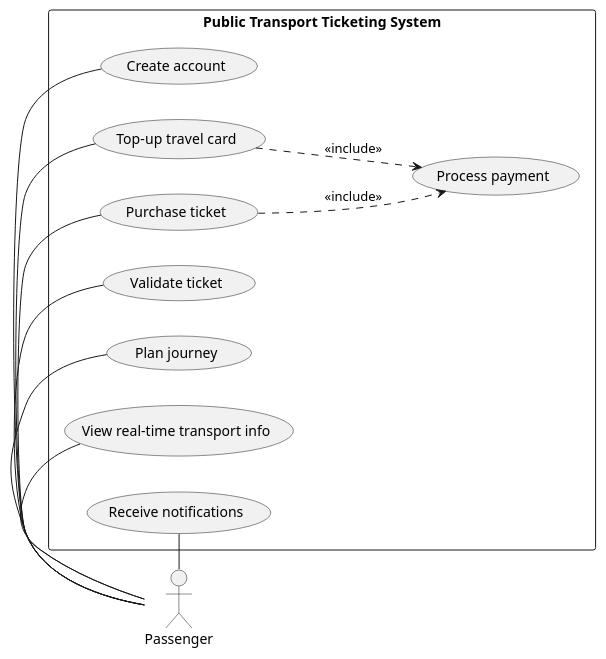
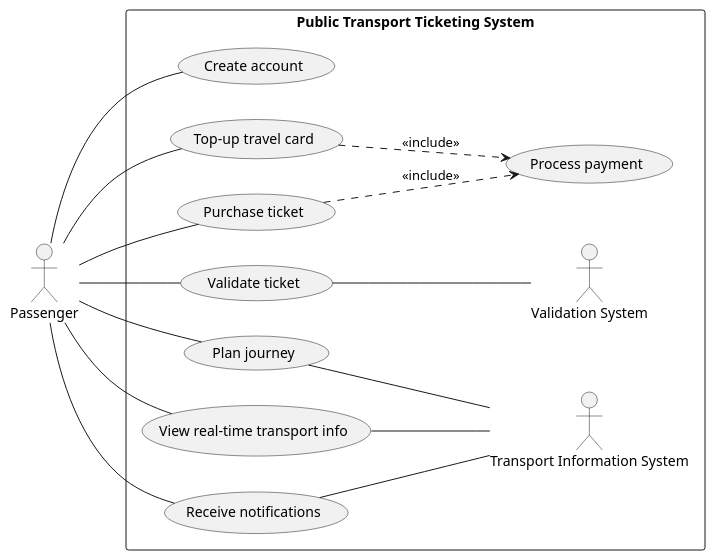
Before and after one commit to frihetselsker/upb-sdm-project: the first of 3 diagrams in docs/activity_1/report.md, drawn with PlantUML. The commit also changed other lines of this file and 3 other files, not shown here.

````diff
--- a/docs/activity_1/report.md
+++ b/docs/activity_1/report.md
@@ -69,29 +68,38 @@
 ```plantuml
 @startuml
 left to right direction
+
+:Passenger: as p
+
 
 rectangle "Public Transport Ticketing System" {
  usecase "Create account" as UC0
  usecase "Top-up travel card" as UC1
  usecase "Purchase ticket" as UC2
-
  usecase "Validate ticket" as UC5
  usecase "Plan journey" as UC6
  usecase "View real-time transport info" as UC7
  usecase "Receive notifications" as UC8
  usecase "Process payment" as UC9
+
+:Validation System: as VS
+:Transport Information System: as TIS
+ 
  UC2 ..> UC9 : <<include>>
  UC1 ..> UC9 : <<include>>
 }
 
-:Passenger: as p
+p -- UC0
+p -- UC1
+p -- UC2
+p -- UC5
+p -- UC6
+p -- UC7
+p -- UC8
 
-p - UC0
-p - UC1
-p - UC2
-p - UC5
-p - UC6
-p - UC7
-p - UC8
+UC5 -- VS
+UC6 -- TIS
+UC7 -- TIS
+UC8 -- TIS
 @enduml
 ```
````
